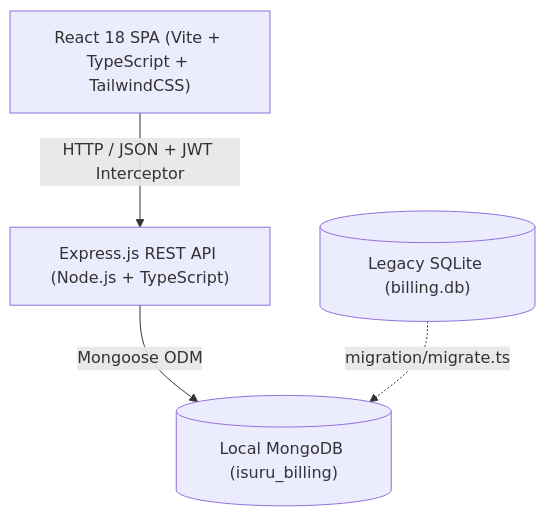
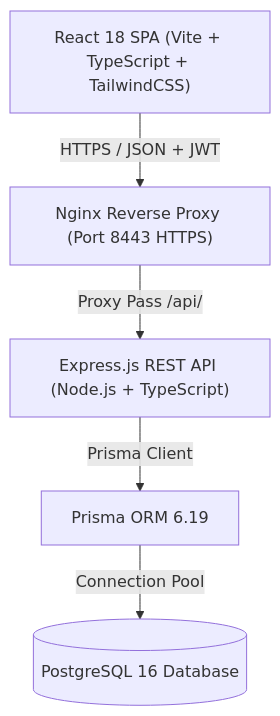
Before and after one commit to ravinduravisara/Isuru-Service-POS: the diagram in README.md, drawn with Mermaid. The commit also changed other lines of this file, not shown here.

Commit message:
docs: modernize README.md with PostgreSQL, Prisma ORM, and Docker architecture

````diff
--- a/README.md
+++ b/README.md
@@ -22,11 +24,13 @@
 ```mermaid
 graph TD
     Client["React 18 SPA (Vite + TypeScript + TailwindCSS)"]
+    Nginx["Nginx Reverse Proxy (Port 8443 HTTPS)"]
     API["Express.js REST API (Node.js + TypeScript)"]
-    DB[("Local MongoDB (isuru_billing)")]
-    Legacy[("Legacy SQLite (billing.db)")]
+    Prisma["Prisma ORM 6.19"]
+    DB[("PostgreSQL 16 Database")]
 
-    Client -->|HTTP / JSON + JWT Interceptor| API
-    API -->|Mongoose ODM| DB
-    Legacy -.->|migration/migrate.ts| DB
+    Client -->|HTTPS / JSON + JWT| Nginx
+    Nginx -->|Proxy Pass /api/| API
+    API -->|Prisma Client| Prisma
+    Prisma -->|Connection Pool| DB
 ```
````
